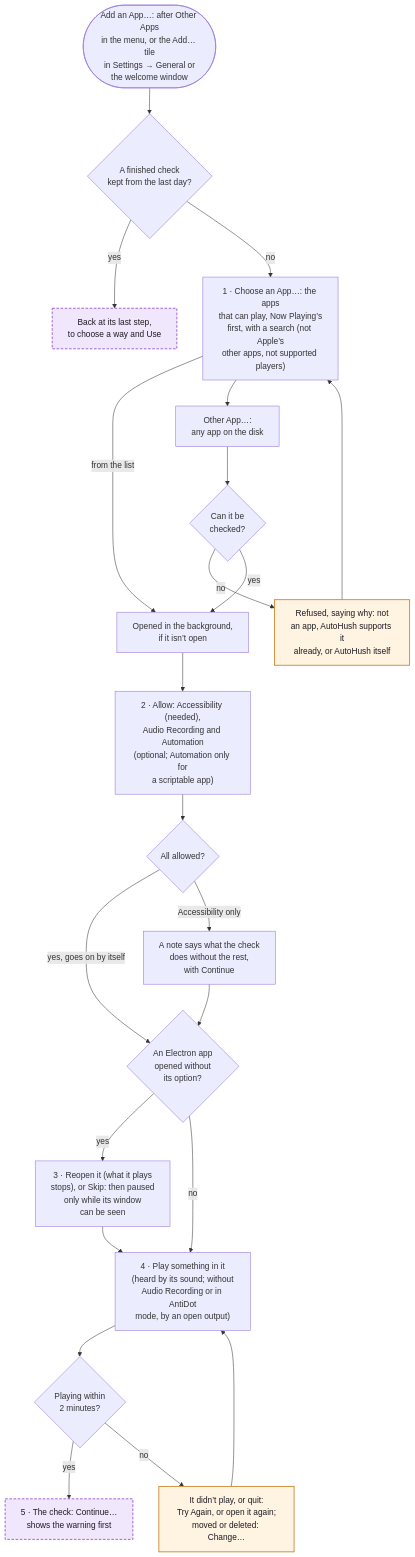
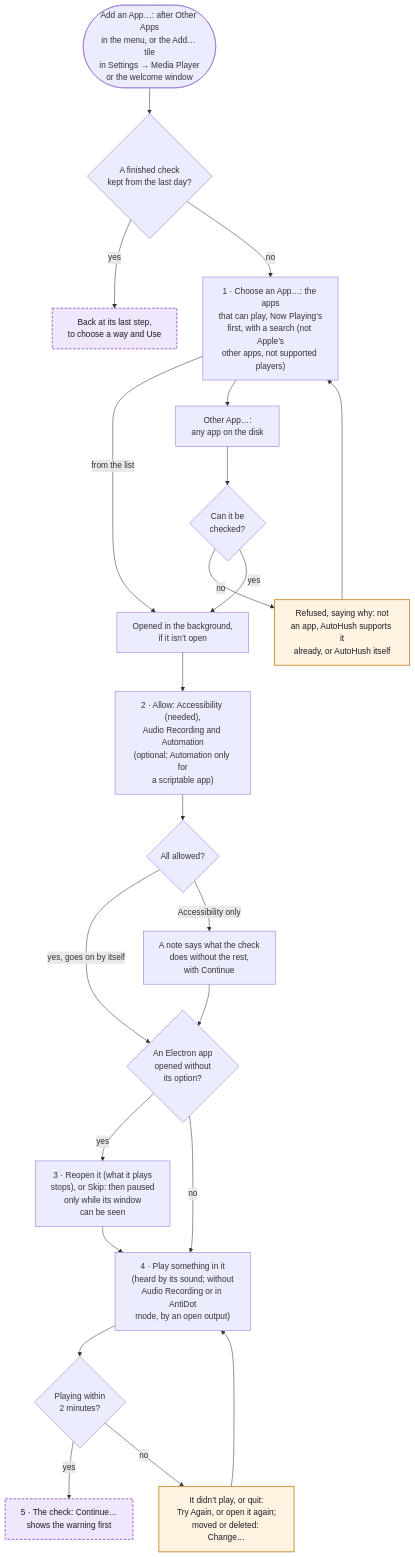
One commit to hfustercabre/AutoHush changed the ninth of 14 diagrams in WORKFLOWS.md. Above: the diagram before and after it, drawn with Mermaid. The commit also changed other lines of this file and 54 other files, not shown here.

First line of the commit message:
feat: a shorter menu and simpler Settings

````diff
--- a/WORKFLOWS.md
+++ b/WORKFLOWS.md
@@ -491,41 +491,41 @@
 ```mermaid
 flowchart TD
-  ST(["Add an App…: after Other Apps<br/>in the menu, or the Add… tile<br/>in Settings → General or<br/>the welcome window"])
+  ST(["Add an App…: after Other Apps<br/>in the menu, or the Add… tile<br/>in Settings → Media Player<br/>or the welcome window"])
   KEPT{"A finished check<br/>kept from the last day?"}
   RES["Back at its last step,<br/>to choose a way and Use"]
   CHO["1 · Choose an App…: the apps<br/>that can play, Now Playing’s<br/>first, with a search (not Apple’s<br/>other apps, not supported players)"]
   OTH["Other App…:<br/>any app on the disk"]
   OK{"Can it be<br/>checked?"}
   NO["Refused, saying why: not<br/>an app, AutoHush supports it<br/>already, or AutoHush itself"]
   OPEN["Opened in the background,<br/>if it isn’t open"]
   ALW["2 · Allow: Accessibility (needed),<br/>Audio Recording and Automation<br/>(optional; Automation only for<br/>a scriptable app)"]
   ALL{"All allowed?"}
   WARN["A note says what the check<br/>does without the rest,<br/>with Continue"]
   NEED{"An Electron app<br/>opened without<br/>its option?"}
   REO["3 · Reopen it (what it plays<br/>stops), or Skip: then paused<br/>only while its window<br/>can be seen"]
   PLAY["4 · Play something in it<br/>(heard by its sound; without<br/>Audio Recording or in AntiDot<br/>mode, by an open output)"]
   PL{"Playing within<br/>2 minutes?"}
   NOPL["It didn’t play, or quit:<br/>Try Again, or open it again;<br/>moved or deleted: Change…"]
   CHK["5 · The check: Continue…<br/>shows the warning first"]
 
   ST --> KEPT
   KEPT -->|"yes"| RES
   KEPT -->|"no"| CHO
   CHO -->|"from the list"| OPEN
   CHO --> OTH --> OK
   OK -->|"no"| NO --> CHO
   OK -->|"yes"| OPEN
   OPEN --> ALW --> ALL
   ALL -->|"yes, goes on by itself"| NEED
   ALL -->|"Accessibility only"| WARN --> NEED
   NEED -->|"yes"| REO --> PLAY
   NEED -->|"no"| PLAY
   PLAY --> PL
   PL -->|"yes"| CHK
   PL -->|"no"| NOPL --> PLAY
 
   class CHK,RES ref
   class NO,NOPL warn
   classDef ref fill:#f1e7fc,stroke:#8a3fd1,stroke-width:1.5px,stroke-dasharray: 5 3,color:#1d1b22
   classDef warn fill:#fff3e2,stroke:#c47812,stroke-width:1.5px,color:#1d1b22
 ```
````
